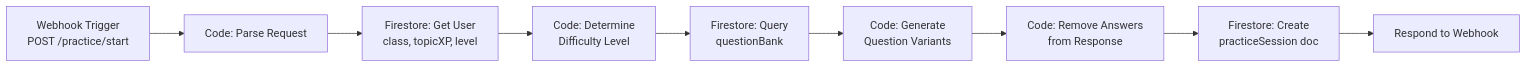
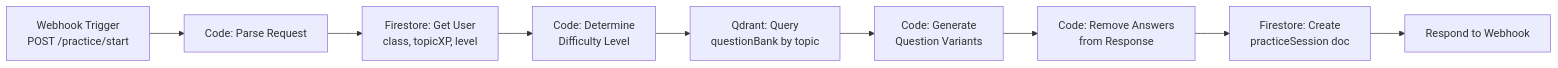
One commit to sam-cruzz/knowledgehunt changed the sixth of 9 diagrams in README.md. Above: the diagram before and after it, drawn with Mermaid. The commit also changed other lines of this file, not shown here.

First line of the commit message:
Integrate Qdrant for question storage and retrieval

````diff
--- a/README.md
+++ b/README.md
@@ -544,11 +584,11 @@
 ```mermaid
 flowchart LR
     A[Webhook Trigger<br/>POST /practice/start] --> B[Code: Parse Request]
     B --> C[Firestore: Get User<br/>class, topicXP, level]
     C --> D[Code: Determine<br/>Difficulty Level]
-    D --> E[Firestore: Query<br/>questionBank]
+    D --> E[Qdrant: Query<br/>questionBank by topic]
     E --> F[Code: Generate<br/>Question Variants]
     F --> G[Code: Remove Answers<br/>from Response]
     G --> H[Firestore: Create<br/>practiceSession doc]
     H --> I[Respond to Webhook]
 ```
````
